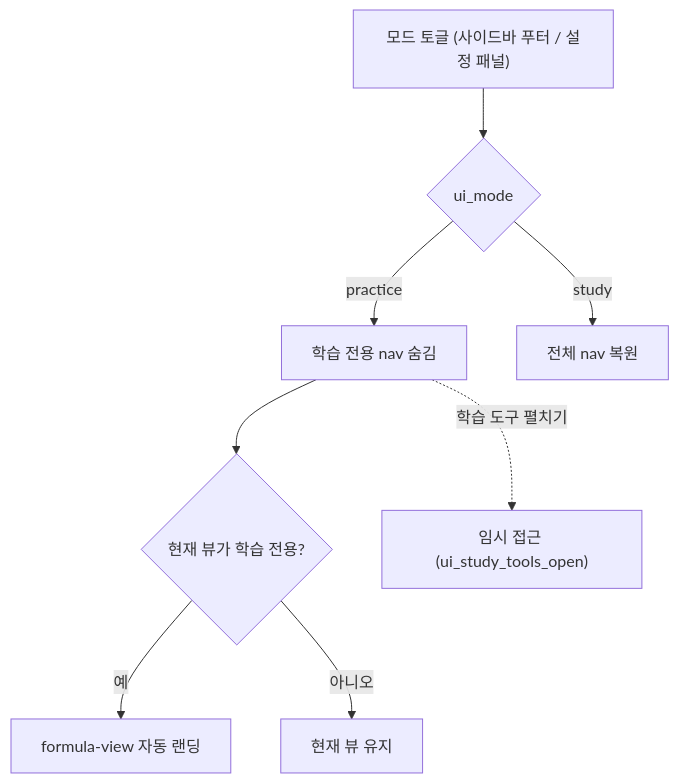
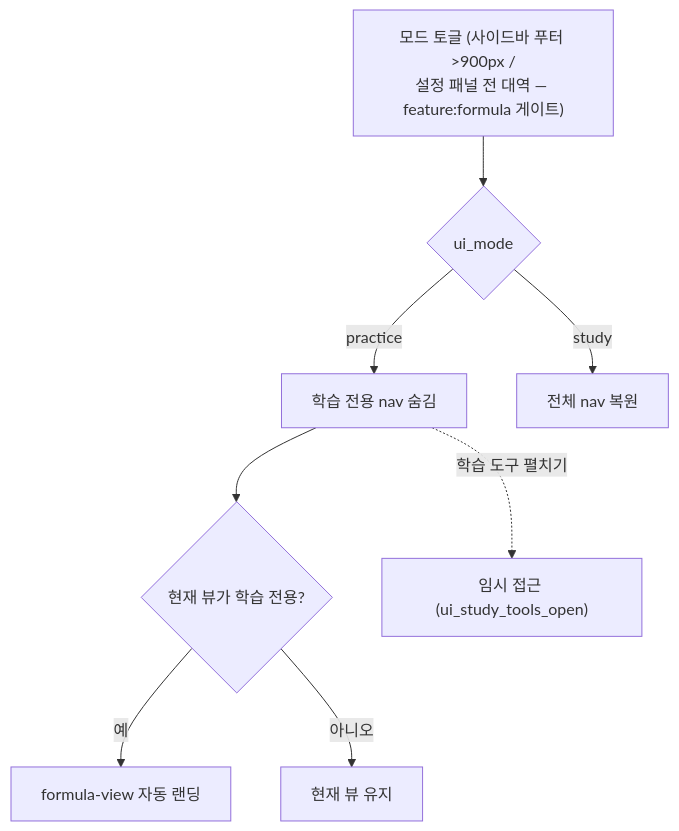
The seventh of 8 diagrams in docs/dev/design/USER_FLOW.md (skygoldlee-cyber/Personalized_Skincare), drawn with Mermaid before and after one commit. The commit also changed other lines of this file and 6 other files, not shown here.

First line of the commit message:
fix(ui-mode): formula 미보유 시험에서 실무 모드를 study로 강제 간주 (UM-01)

````diff
--- a/docs/dev/design/USER_FLOW.md
+++ b/docs/dev/design/USER_FLOW.md
@@ -121,10 +126,10 @@
 ```mermaid
 flowchart TD
-    A["모드 토글 (사이드바 푸터 / 설정 패널)"] --> B{"ui_mode"}
+    A["모드 토글 (사이드바 푸터 >900px /<br/>설정 패널 전 대역 — feature:formula 게이트)"] --> B{"ui_mode"}
     B -->|"practice"| C["학습 전용 nav 숨김"]
     C --> D{"현재 뷰가 학습 전용?"}
     D -->|"예"| E["formula-view 자동 랜딩"]
     D -->|"아니오"| F2["현재 뷰 유지"]
     C -.->|"학습 도구 펼치기"| G2["임시 접근 (ui_study_tools_open)"]
     B -->|"study"| H["전체 nav 복원"]
 ```
````
